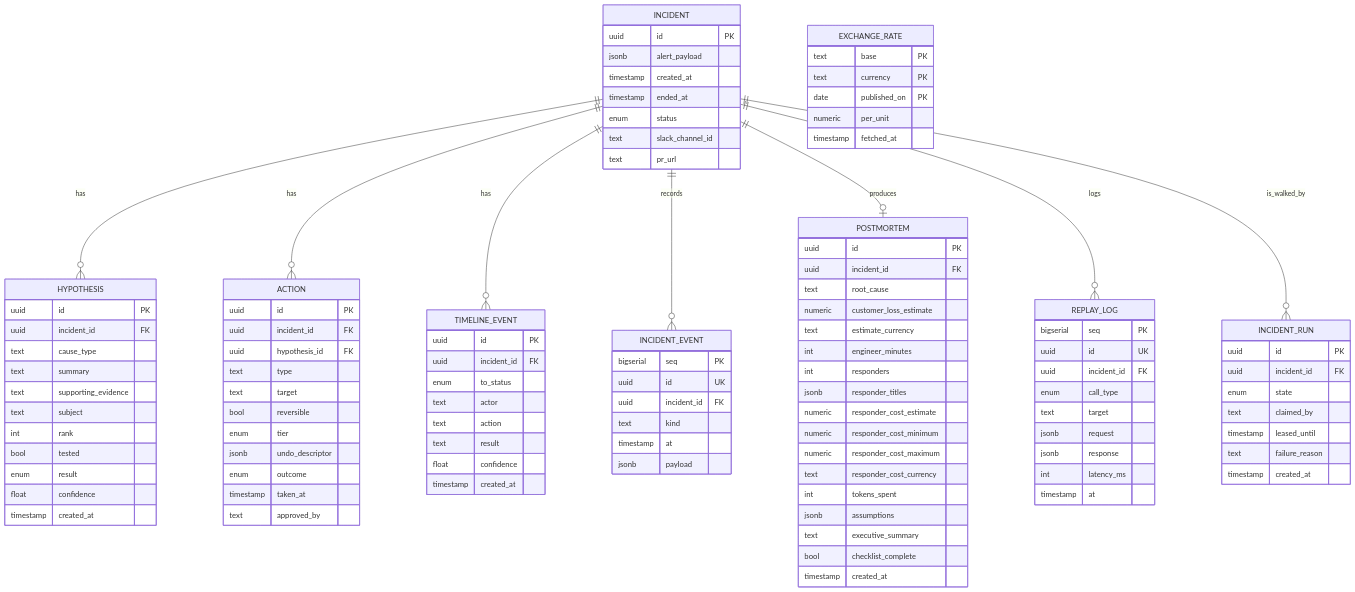
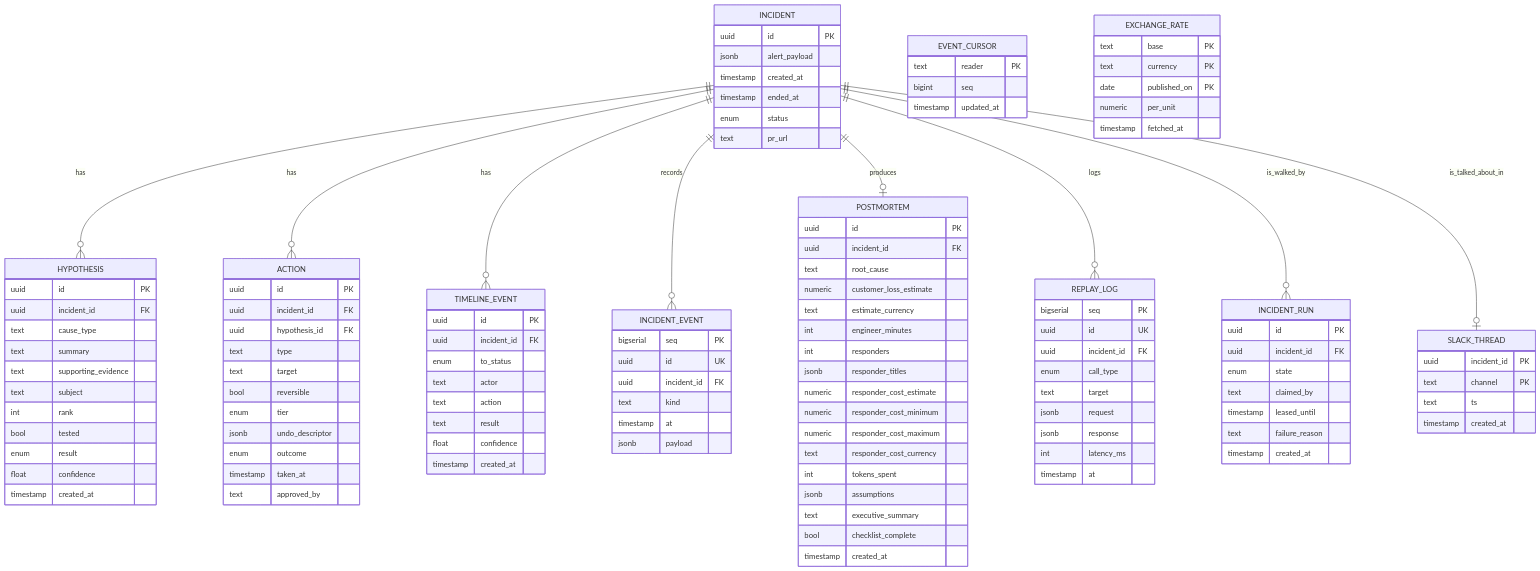
Before and after one commit to ohadraz/Argus: the fourth of 5 diagrams in docs/spec-and-architecture.md, drawn with Mermaid. The commit also changed other lines of this file and 124 other files, not shown here.

Commit message:
the Communicator relays the incident's events to Slack

```diff
--- a/docs/spec-and-architecture.md
+++ b/docs/spec-and-architecture.md
@@ -309,6 +320,7 @@
     INCIDENT ||--o| POSTMORTEM : produces
     INCIDENT ||--o{ REPLAY_LOG : logs
     INCIDENT ||--o{ INCIDENT_RUN : is_walked_by
+    INCIDENT ||--o| SLACK_THREAD : is_talked_about_in
 
     INCIDENT {
         uuid id PK
@@ -316,7 +328,6 @@
         timestamp created_at
         timestamp ended_at
         enum status
-        text slack_channel_id
         text pr_url
     }
     HYPOTHESIS {
@@ -372,6 +383,17 @@
         timestamp at
         jsonb payload
     }
+    SLACK_THREAD {
+        uuid incident_id PK
+        text channel PK
+        text ts
+        timestamp created_at
+    }
+    EVENT_CURSOR {
+        text reader PK
+        bigint seq
+        timestamp updated_at
+    }
     POSTMORTEM {
         uuid id PK
         uuid incident_id FK
```
